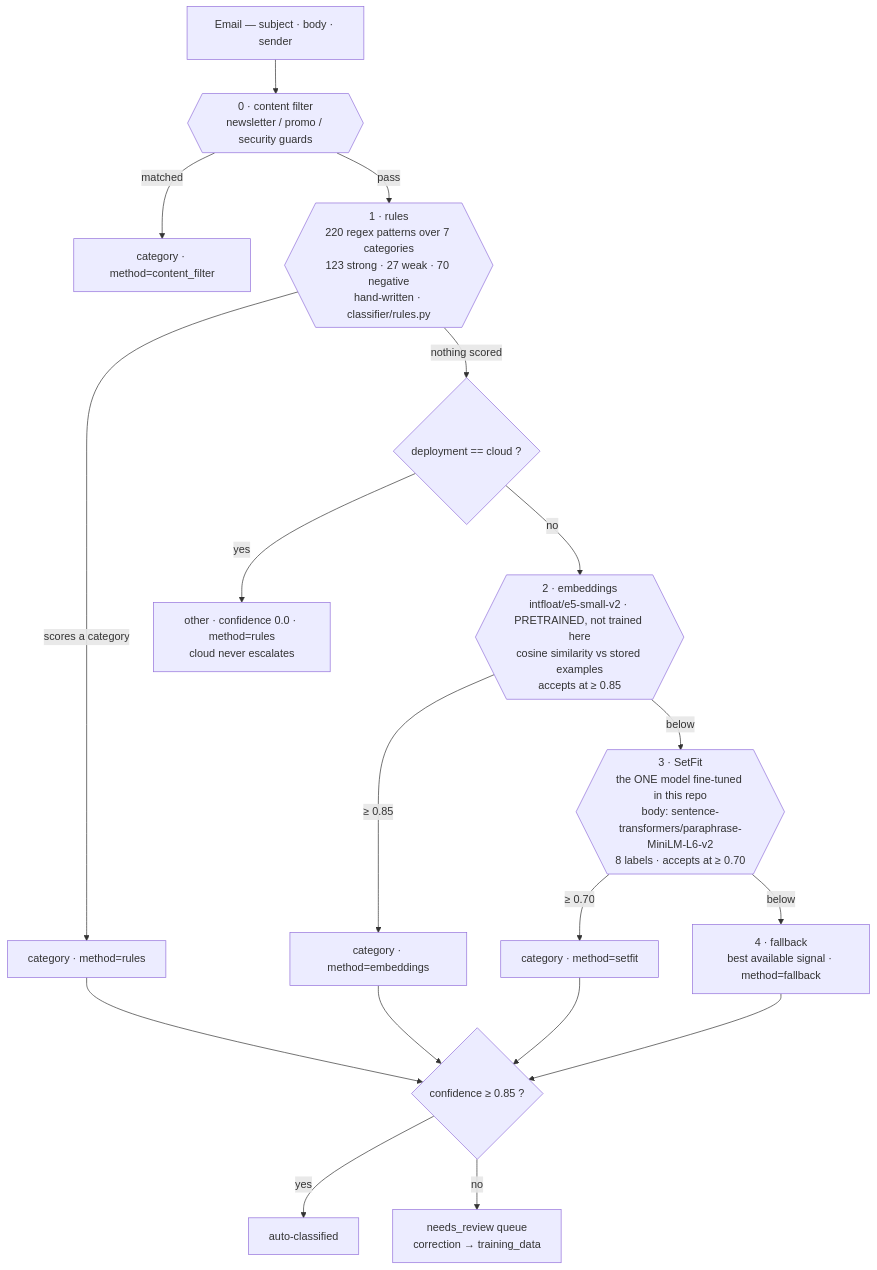
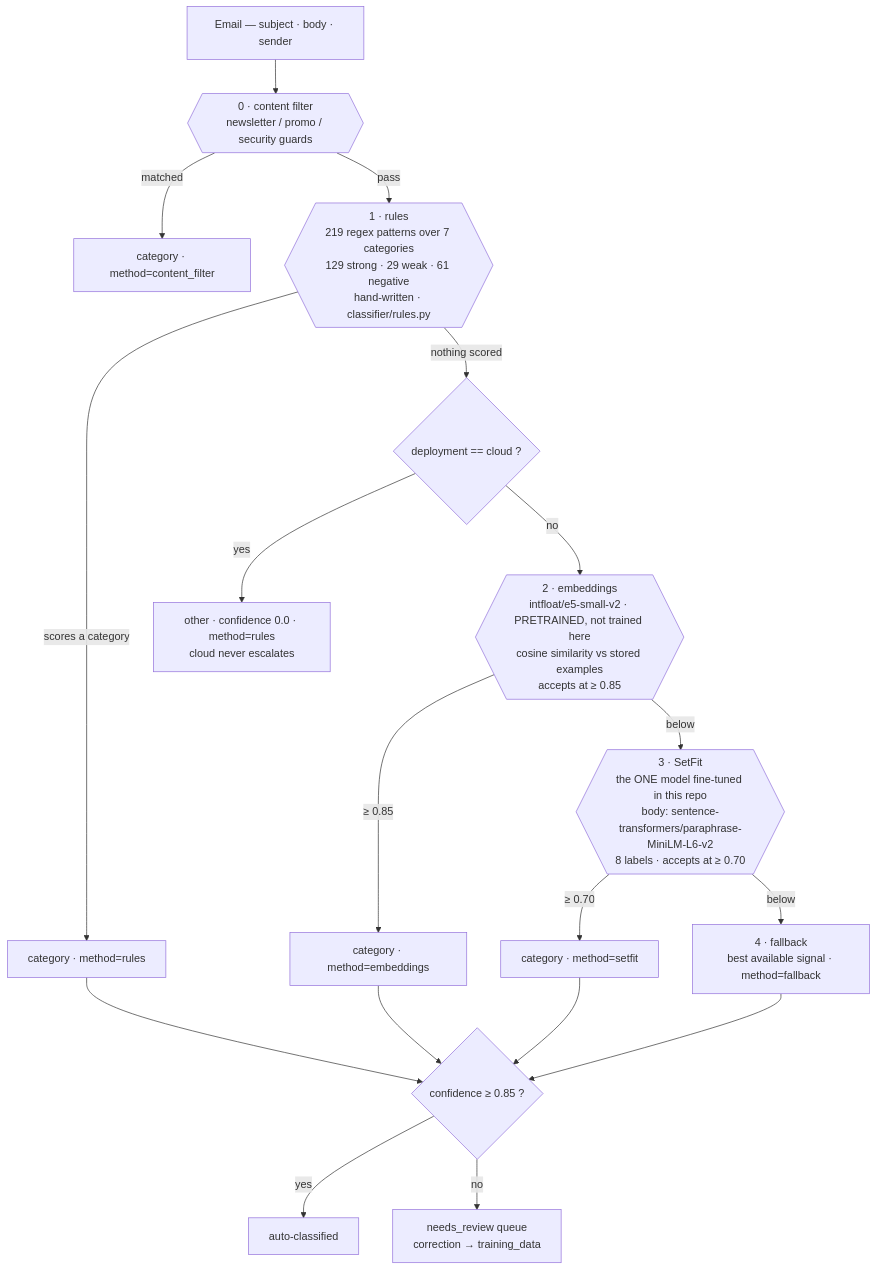
Before and after one commit to BARC1999/applied-ai: the first of 3 diagrams in README.md, drawn with Mermaid. The commit also changed other lines of this file and 7 other files, not shown here.

````diff
--- a/README.md
+++ b/README.md
@@ -60,32 +60,32 @@
 ```mermaid
 flowchart TB
     In["Email — subject · body · sender"] --> CF
 
     CF{{"0 · content filter<br/>newsletter / promo / security guards"}}
     CF -->|"matched"| Out1["category · method=content_filter"]
     CF -->|"pass"| R
 
-    R{{"1 · rules<br/>220 regex patterns over 7 categories<br/>123 strong · 27 weak · 70 negative<br/>hand-written · classifier/rules.py"}}
+    R{{"1 · rules<br/>219 regex patterns over 7 categories<br/>129 strong · 29 weak · 61 negative<br/>hand-written · classifier/rules.py"}}
     R -->|"scores a category"| Out2["category · method=rules"]
     R -->|"nothing scored"| CLOUD
 
     CLOUD{"deployment == cloud ?"}
     CLOUD -->|"yes"| Out3["other · confidence 0.0 · method=rules<br/>cloud never escalates"]
     CLOUD -->|"no"| E
 
     E{{"2 · embeddings<br/>intfloat/e5-small-v2 · PRETRAINED, not trained here<br/>cosine similarity vs stored examples<br/>accepts at ≥ 0.85"}}
     E -->|"≥ 0.85"| Out4["category · method=embeddings"]
     E -->|"below"| S
 
     S{{"3 · SetFit<br/>the ONE model fine-tuned in this repo<br/>body: sentence-transformers/paraphrase-MiniLM-L6-v2<br/>8 labels · accepts at ≥ 0.70"}}
     S -->|"≥ 0.70"| Out5["category · method=setfit"]
     S -->|"below"| F["4 · fallback<br/>best available signal · method=fallback"]
 
     Out2 --> G
     Out4 --> G
     Out5 --> G
     F --> G
     G{"confidence ≥ 0.85 ?"}
     G -->|"yes"| Auto["auto-classified"]
     G -->|"no"| Review["needs_review queue<br/>correction → training_data"]
 ```
````
